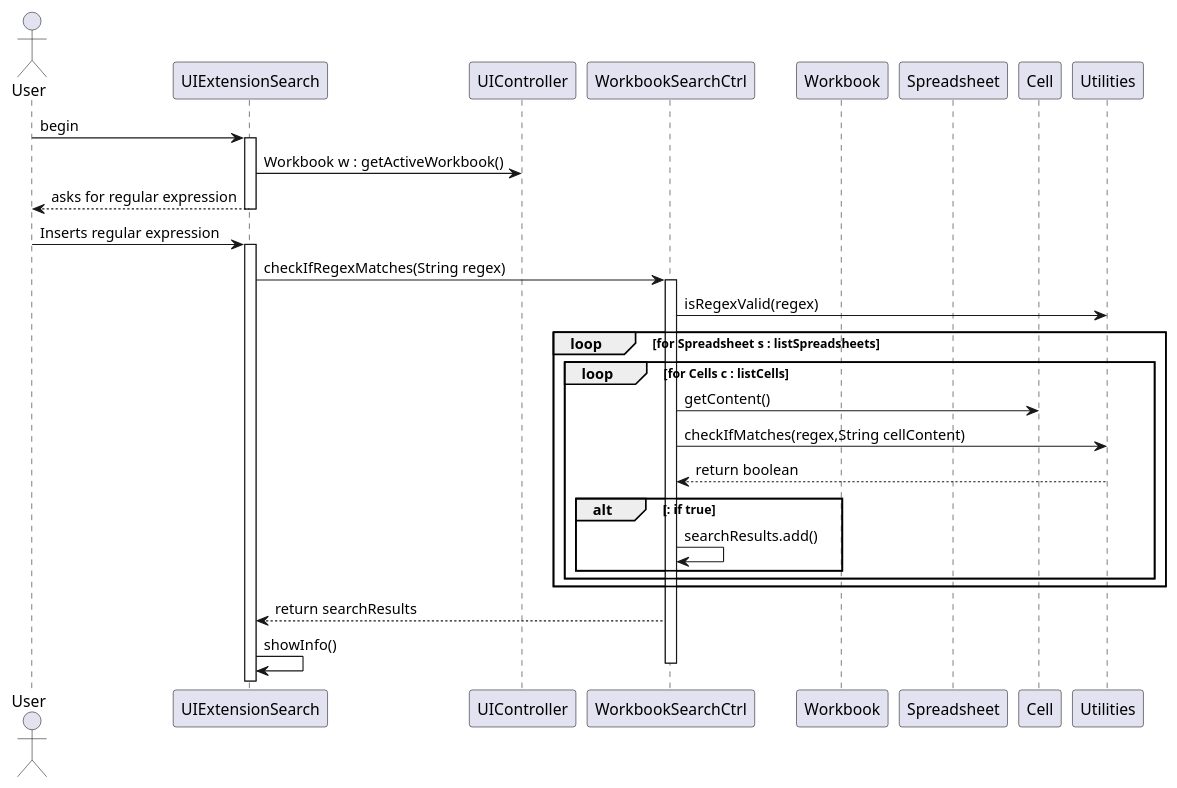
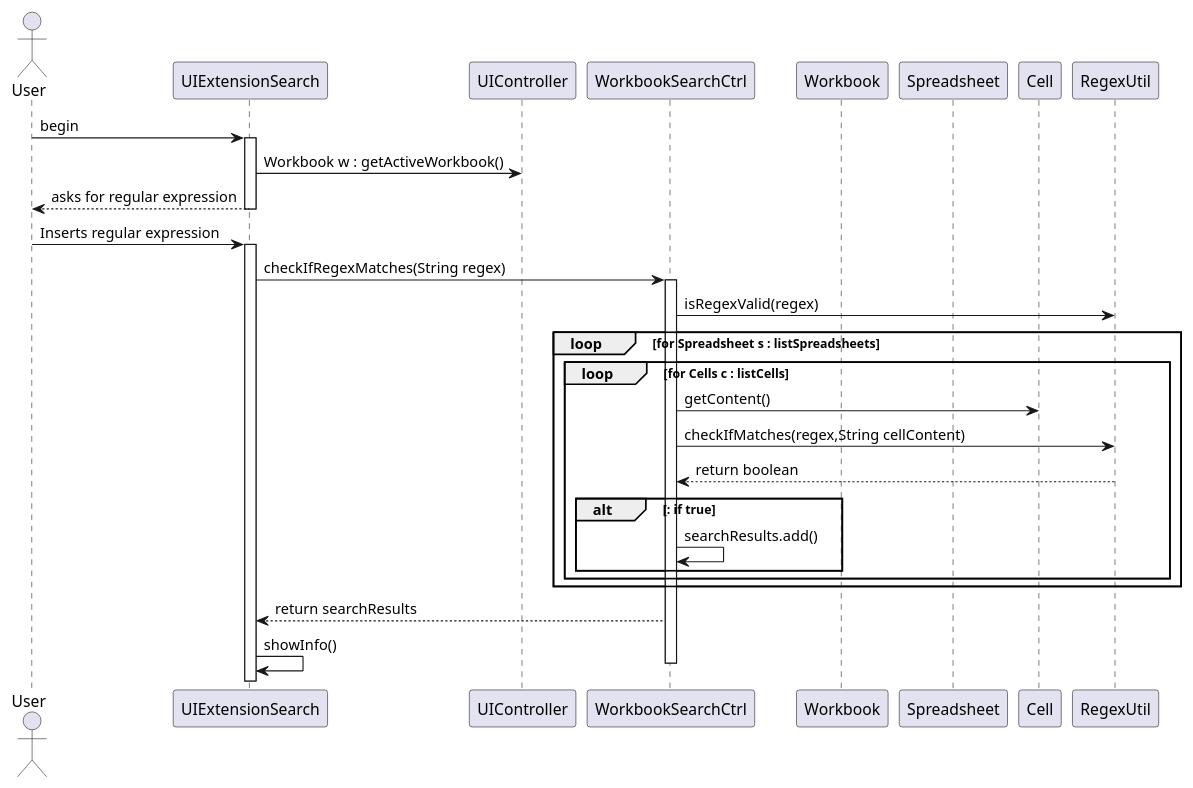
One commit to MikeTekOn/lapr4-2017-2dd changed the diagram in src/main/java/lapr4/red/s1/core/n1150613/workbookSearch/core07_01_design_sd.puml. Above: the diagram before and after it, drawn with PlantUML. The commit also changed 4 other files, not shown here.

Commit message:
LAPR4E17DD-146 #comment Functional RegexUtil class

```diff
--- a/src/main/java/lapr4/red/s1/core/n1150613/workbookSearch/core07_01_design_sd.puml
+++ b/src/main/java/lapr4/red/s1/core/n1150613/workbookSearch/core07_01_design_sd.puml
@@ -1,37 +1,37 @@
 @startuml 
 
     actor User 
     participant "UIExtensionSearch" as UI
     participant "UIController" as UIctrl
     participant "WorkbookSearchCtrl" as ctrl
     participant "Workbook" as WBOOK
     participant "Spreadsheet" as sheet
     participant "Cell" as cll
-    participant "Utilities" as util
+    participant "RegexUtil" as util
 
     User -> UI : begin
     activate UI 
     UI -> UIctrl : Workbook w : getActiveWorkbook()
     User <-- UI : asks for regular expression
     deactivate ctrl
     deactivate UI
     User -> UI : Inserts regular expression
     activate UI
     UI -> ctrl : checkIfRegexMatches(String regex)
     activate ctrl
     ctrl -> util : isRegexValid(regex)
     loop for Spreadsheet s : listSpreadsheets
     loop for Cells c : listCells
     ctrl -> cll : getContent()
     ctrl -> util : checkIfMatches(regex,String cellContent)
     ctrl <-- util : return boolean
     alt : if true
     ctrl -> ctrl : searchResults.add()
     end
     end
     end
     UI <-- ctrl : return searchResults
     UI -> UI : showInfo()
     deactivate ctrl
     
 @enduml
```
